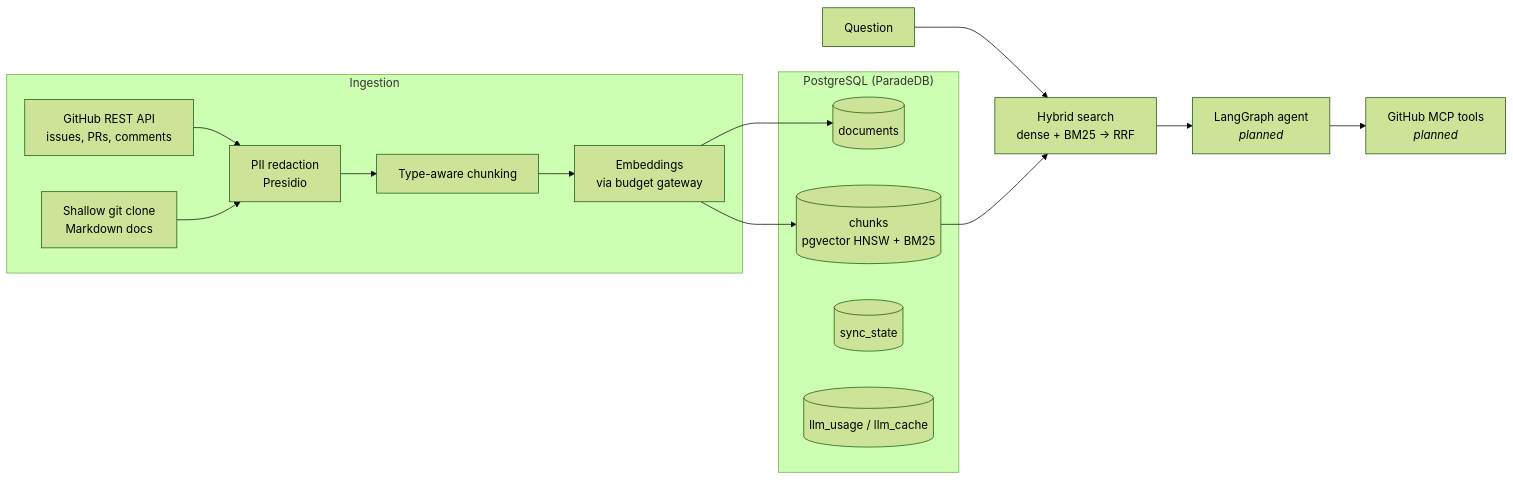
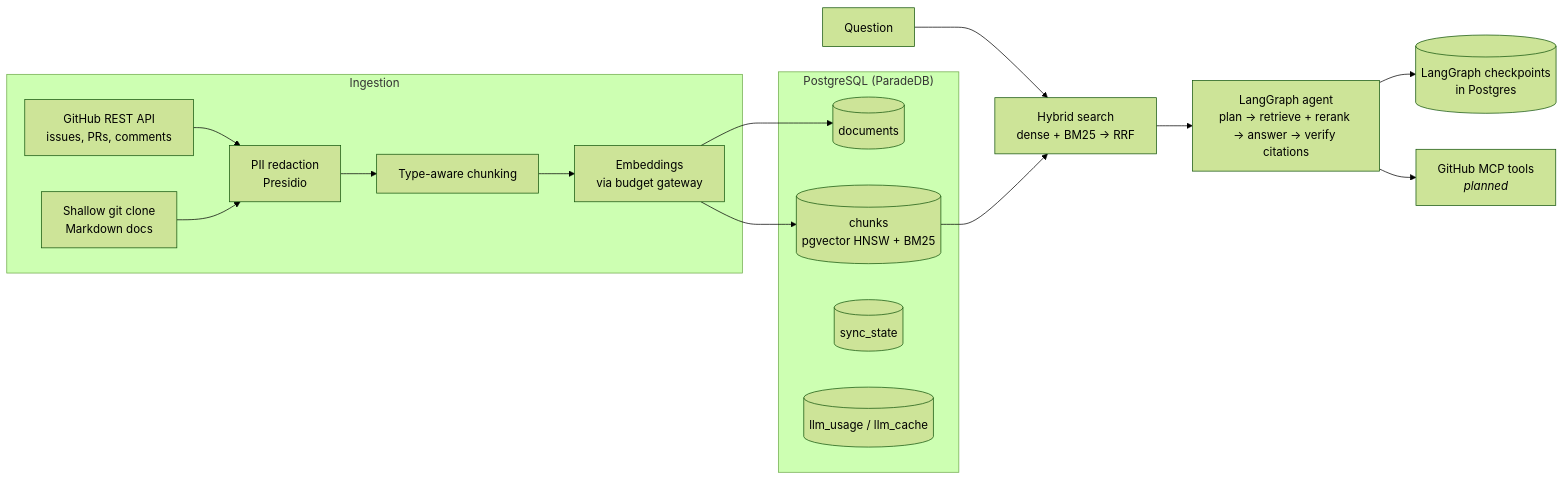
Before and after one commit to pavankalyan-5/Agentic-RAG: the diagram in README.md, drawn with Mermaid (forest theme). The commit also changed other lines of this file and 33 other files, not shown here.

````diff
--- a/README.md
+++ b/README.md
@@ -17,23 +17,24 @@
 ```mermaid
 flowchart LR
     subgraph Ingestion
         GH[GitHub REST API<br/>issues, PRs, comments] --> R
         GIT[Shallow git clone<br/>Markdown docs] --> R
         R[PII redaction<br/>Presidio] --> C[Type-aware chunking]
         C --> E[Embeddings<br/>via budget gateway]
     end
 
     subgraph Postgres["PostgreSQL (ParadeDB)"]
         D[(documents)]
         CH[(chunks<br/>pgvector HNSW + BM25)]
         S[(sync_state)]
         L[(llm_usage / llm_cache)]
     end
 
     E --> CH
     E --> D
     Q[Question] --> HS[Hybrid search<br/>dense + BM25 → RRF]
     CH --> HS
-    HS --> A[LangGraph agent<br/><i>planned</i>]
+    HS --> A[LangGraph agent<br/>plan → retrieve + rerank → answer → verify citations]
+    A --> CK[(LangGraph checkpoints<br/>in Postgres)]
     A --> MCP[GitHub MCP tools<br/><i>planned</i>]
 ```
````
